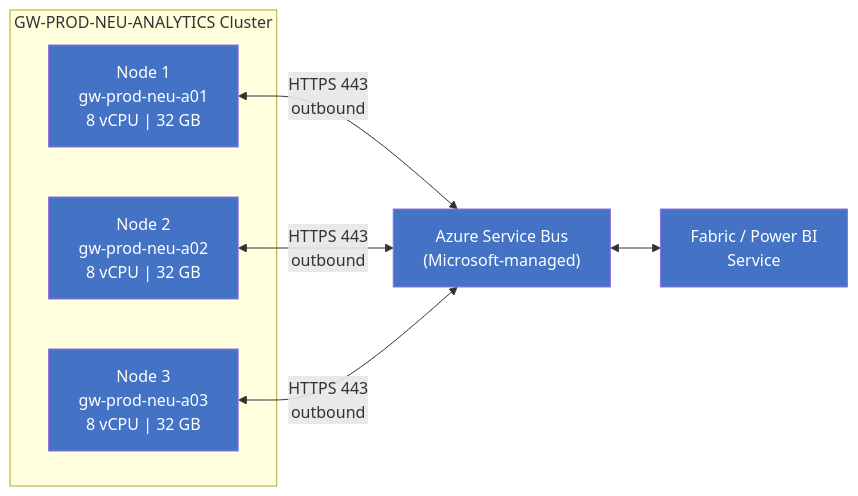
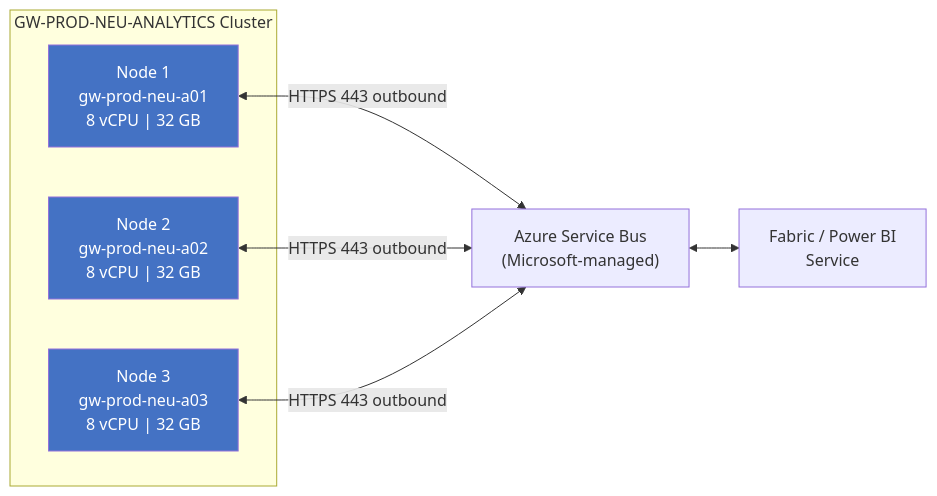
Before and after one commit to cyphou/Fabric-Gateway: the second of 12 diagrams in docs/02-gateway-architecture.md, drawn with Mermaid. The commit also changed other lines of this file, not shown here.

Commit message:
fix: Mermaid rendering issues for GitHub
- Rename 'classDef node' to 'classDef gwnode' (node is a reserved keyword)
- Remove \n from edge labels (not supported in Mermaid link text)
- Simplify edge label text for clean rendering

````diff
--- a/docs/02-gateway-architecture.md
+++ b/docs/02-gateway-architecture.md
@@ -146,19 +146,19 @@
 ```mermaid
 graph LR
     subgraph "GW-PROD-NEU-ANALYTICS Cluster"
         N1["Node 1\ngw-prod-neu-a01\n8 vCPU | 32 GB"]
         N2["Node 2\ngw-prod-neu-a02\n8 vCPU | 32 GB"]
         N3["Node 3\ngw-prod-neu-a03\n8 vCPU | 32 GB"]
     end
 
     SB["Azure Service Bus\n(Microsoft-managed)"]
     FAB["Fabric / Power BI\nService"]
 
-    N1 <-->|HTTPS 443\noutbound| SB
-    N2 <-->|HTTPS 443\noutbound| SB
-    N3 <-->|HTTPS 443\noutbound| SB
+    N1 <-->|HTTPS 443 outbound| SB
+    N2 <-->|HTTPS 443 outbound| SB
+    N3 <-->|HTTPS 443 outbound| SB
     SB <--> FAB
 
-    classDef node fill:#4472C4,color:white
-    class N1,N2,N3 node
+    classDef gwnode fill:#4472C4,color:white
+    class N1,N2,N3 gwnode
 ```
````
